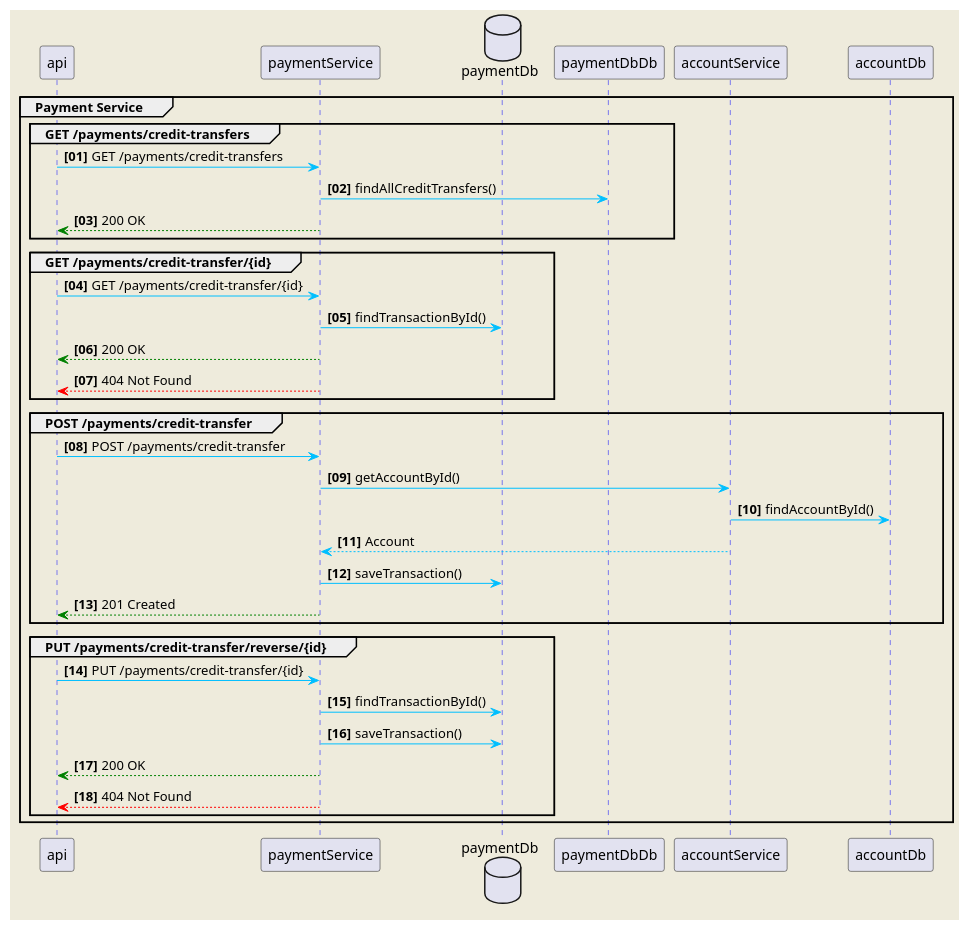
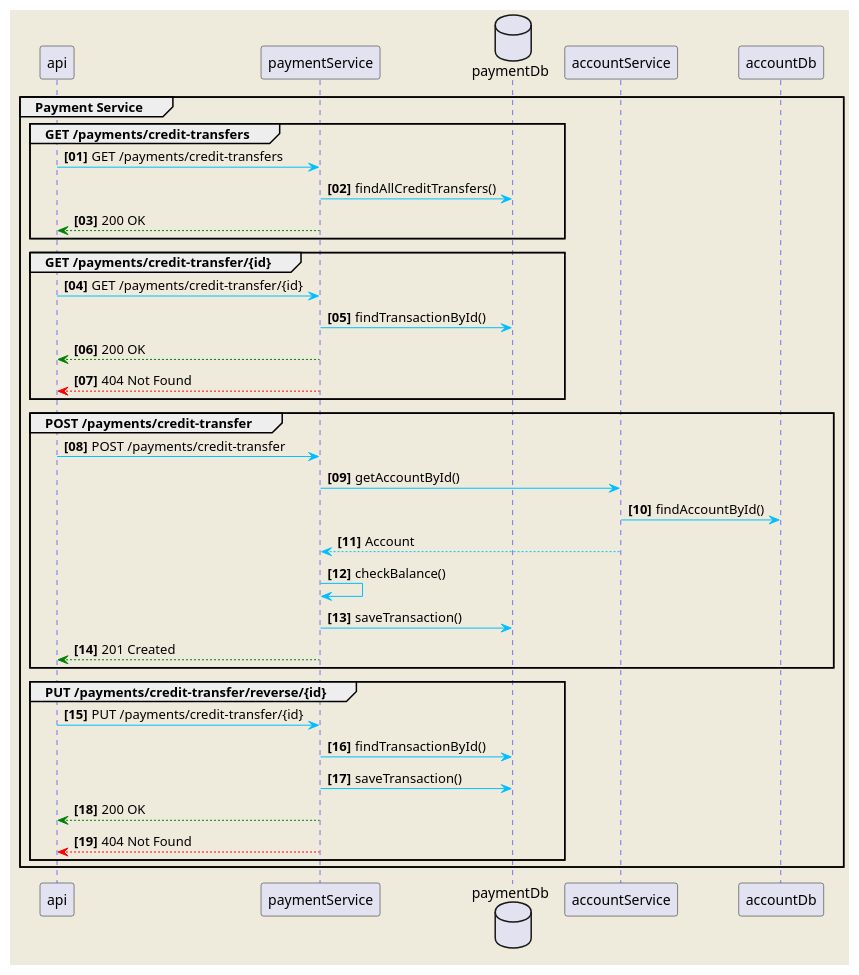
The diagram in docs/payment.plantuml (C0d3N1nJ4/payment-service), drawn with PlantUML before and after one commit.

Commit message:
Implementing balance check

```diff
--- a/docs/payment.plantuml
+++ b/docs/payment.plantuml
@@ -1,39 +1,40 @@
 @startuml
 skinparam backgroundColor #EEEBDC
 skinparam sequence {
 ArrowColor DeepSkyBlue
 ActorBorderColor DeepSkyBlue
 LifeLineBorderColor blue
 LifeLineBackgroundColor #A9DCDF}
 
 autonumber 1 1 "<b>[00]"
 group Payment Service
     group GET /payments/credit-transfers
         api -> paymentService: GET /payments/credit-transfers
         database    paymentDb    as paymentDb
-        paymentService -> paymentDbDb: findAllCreditTransfers()
+        paymentService -> paymentDb: findAllCreditTransfers()
         api <-[#green]- paymentService: 200 OK
     end
     group GET /payments/credit-transfer/{id}
         api -> paymentService: GET /payments/credit-transfer/{id}
         paymentService -> paymentDb: findTransactionById()
         api <-[#green]- paymentService: 200 OK
         api <-[#red]- paymentService: 404 Not Found
     end
     group POST /payments/credit-transfer
            api -> paymentService: POST /payments/credit-transfer
             paymentService -> accountService: getAccountById()
             accountService -> accountDb: findAccountById()
             accountService --> paymentService: Account
+            paymentService -> paymentService: checkBalance()
             paymentService -> paymentDb: saveTransaction()
             api <-[#green]- paymentService: 201 Created
     end
     group PUT /payments/credit-transfer/reverse/{id}
         api -> paymentService: PUT /payments/credit-transfer/{id}
         paymentService -> paymentDb: findTransactionById()
         paymentService -> paymentDb: saveTransaction()
         api <-[#green]- paymentService: 200 OK
         api <-[#red]- paymentService: 404 Not Found
     end
 end
 @enduml
```
